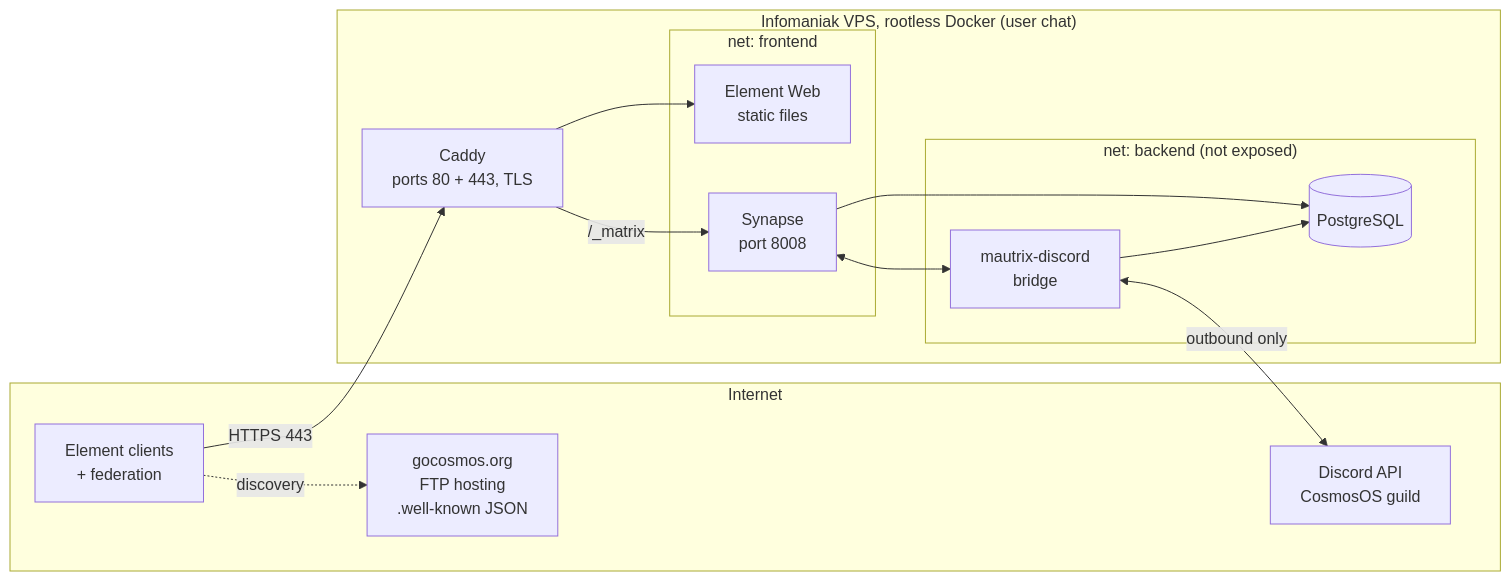
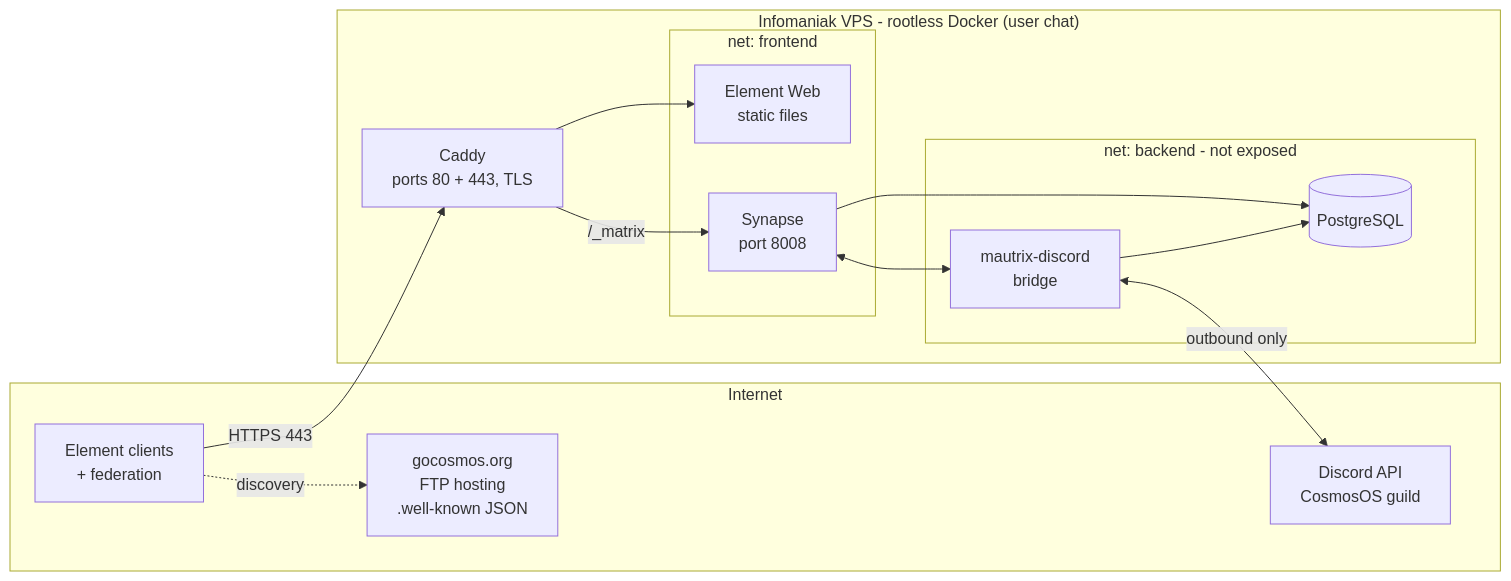
Before and after one commit to CosmosOS/cosmos-chat: the diagram in docs/secure-chat-zone.md, drawn with Mermaid.

Commit message:
🐛 Fix mermaid flowchart subgraph titles

````diff
--- a/docs/secure-chat-zone.md
+++ b/docs/secure-chat-zone.md
@@ -33,29 +33,29 @@
 ```mermaid
 flowchart LR
     subgraph Internet
         U["Element clients<br/>+ federation"]
         D["Discord API<br/>CosmosOS guild"]
         W["gocosmos.org<br/>FTP hosting<br/>.well-known JSON"]
     end
 
-    subgraph VPS["Infomaniak VPS, rootless Docker (user chat)"]
+    subgraph VPS["Infomaniak VPS - rootless Docker (user chat)"]
         C["Caddy<br/>ports 80 + 443, TLS"]
         subgraph frontend["net: frontend"]
             E["Element Web<br/>static files"]
             S["Synapse<br/>port 8008"]
         end
-        subgraph backend["net: backend (not exposed)"]
+        subgraph backend["net: backend - not exposed"]
             P[("PostgreSQL")]
             B["mautrix-discord<br/>bridge"]
         end
     end
 
     U -->|"HTTPS 443"| C
     U -.->|"discovery"| W
     C --> E
     C -->|"/_matrix"| S
     S --> P
     B --> P
     S <--> B
     B <-->|"outbound only"| D
 ```
````
